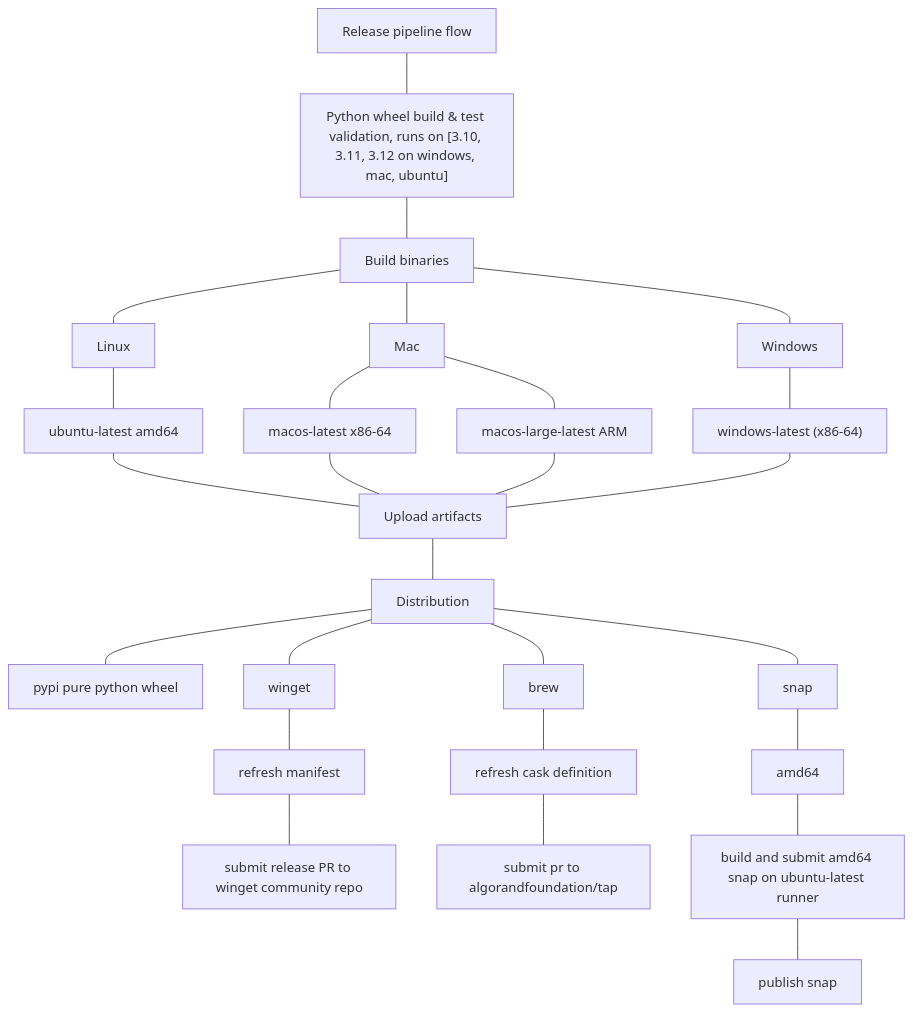
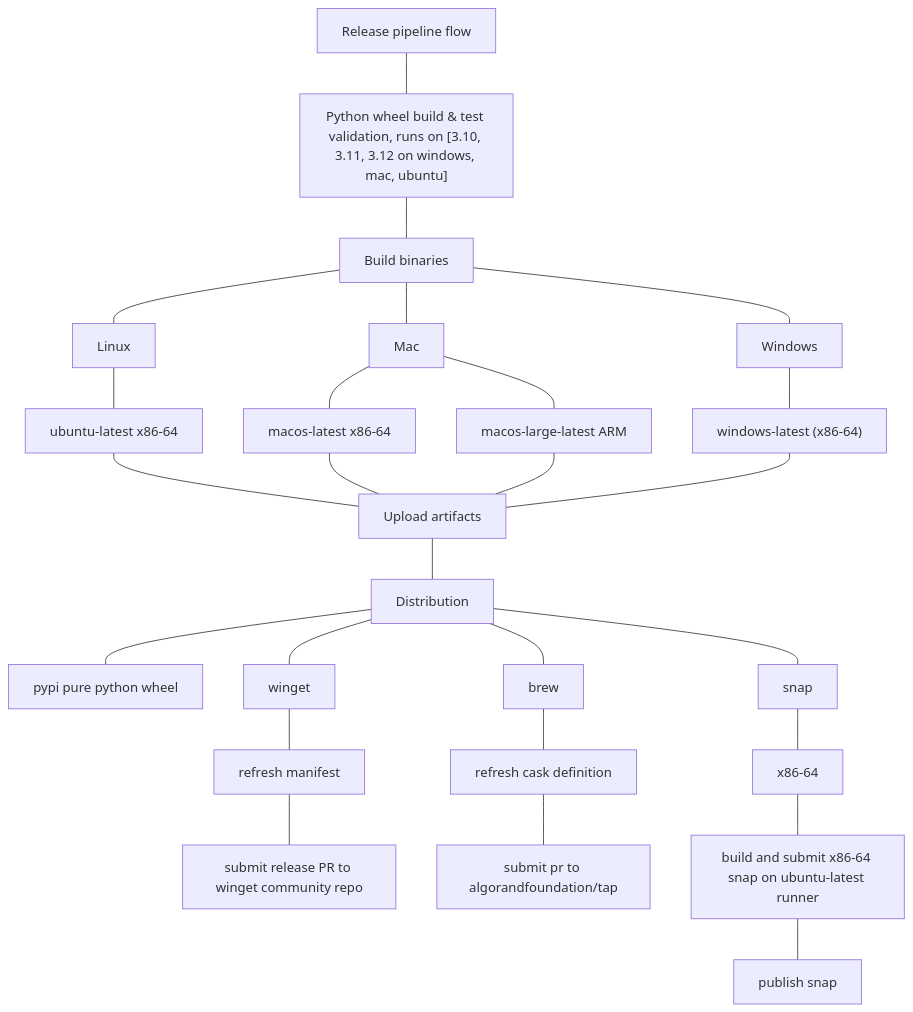
One commit to algorandfoundation/algokit-cli changed the first of 3 diagrams in docs/architecture-decisions/2024-01-31_binary_distribution.md. Above: the diagram before and after it, drawn with Mermaid. The commit also changed other lines of this file, not shown here.

Commit message:
chore: consistent naming for amd64/x86-64 archs

````diff
--- a/docs/architecture-decisions/2024-01-31_binary_distribution.md
+++ b/docs/architecture-decisions/2024-01-31_binary_distribution.md
@@ -32,29 +32,29 @@
 ```mermaid
 flowchart
   n1["Release pipeline flow"]
 	n1 --- n2["Python wheel build & test validation, runs on [3.10, 3.11, 3.12 on windows, mac, ubuntu]"]
 	n2 --- n3["Build binaries"]
 	n3 --- n4["Linux"]
 	n3 --- n5["Mac"]
 	n3 --- n6["Windows"]
-	n4 --- n7["ubuntu-latest amd64"]
+	n4 --- n7["ubuntu-latest x86-64"]
 	n7 --- n9["Upload artifacts"]
 	n5 --- n10["macos-latest x86-64"]
 	n5 --- n11["macos-large-latest ARM"]
 	n6 --- n12["windows-latest (x86-64)"]
 	n10 --- n9
 	n11 --- n9
 	n12 --- n9
 	n9 --- n13["Distribution"]
 	n13 --- n14["pypi pure python wheel"]
 	n13 --- n15["snap"]
 	n13 --- n16["brew"]
 	n13 --- n17["winget"]
 	n17 --- n18["refresh manifest"]
 	n18 --- n19["submit release PR to winget community repo"]
 	n16 --- n20["refresh cask definition"]
 	n20 --- n21["submit pr to algorandfoundation/tap"]
-	n15 --- n22["amd64"]
-	n22 --- n23["build and submit amd64 snap on ubuntu-latest runner"]
+	n15 --- n22["x86-64"]
+	n22 --- n23["build and submit x86-64 snap on ubuntu-latest runner"]
 	n23 --- n24["publish snap"]
 ```
````
